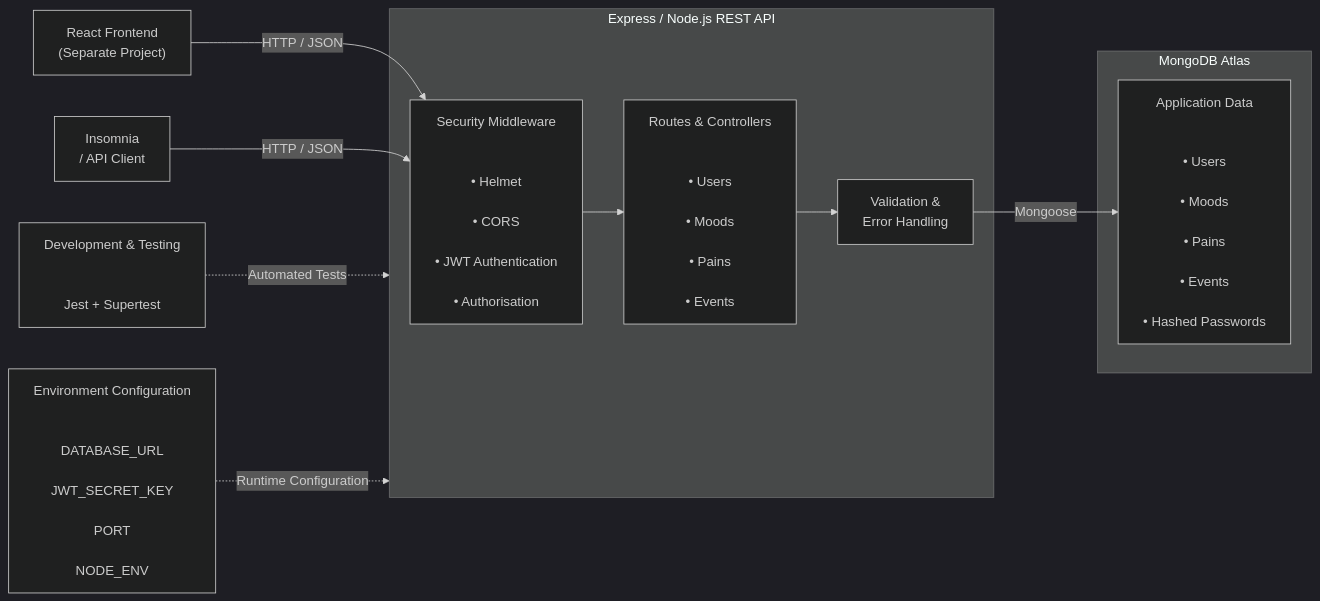
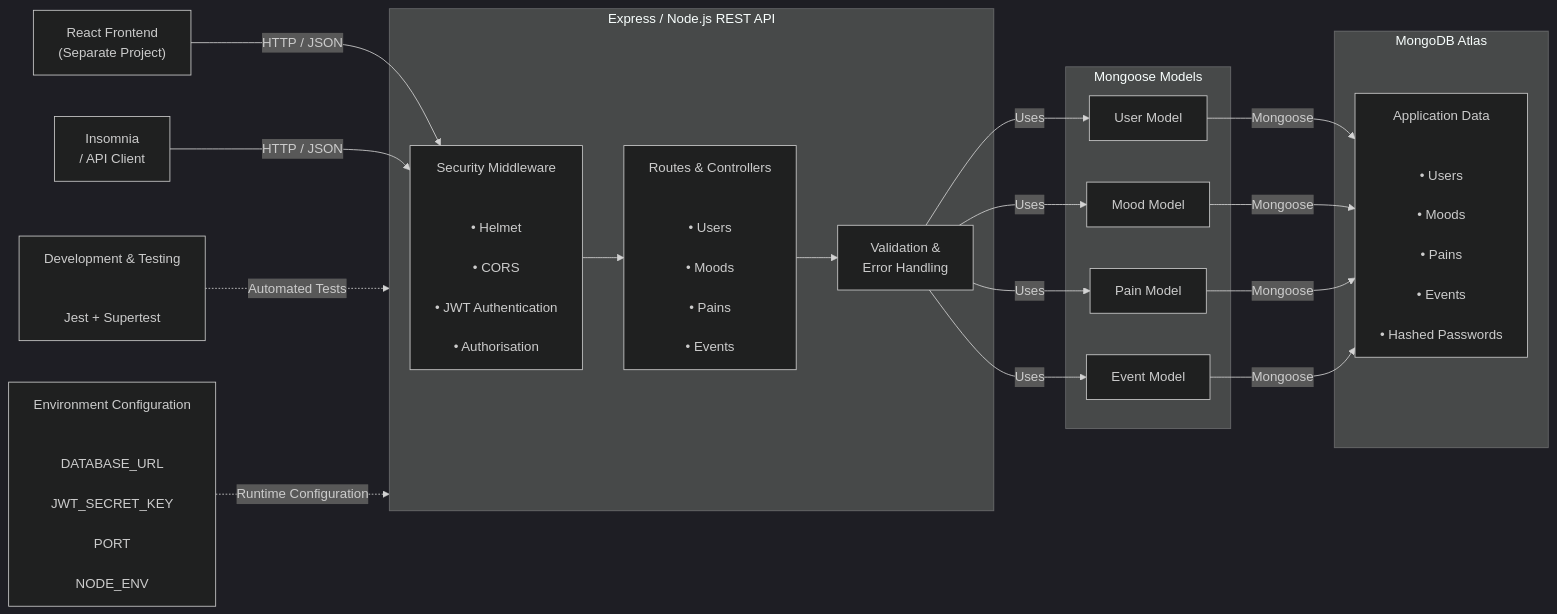
One commit to BeeGeeEss/the-village-container changed the first of 3 diagrams in README.md. Above: the diagram before and after it, drawn with Mermaid (dark theme). The commit also changed other lines of this file and 2 other files, not shown here.

````diff
--- a/README.md
+++ b/README.md
@@ -60,10 +60,14 @@
 flowchart LR
 
     %% CLIENTS
+
     F["React Frontend<br/>(Separate Project)"]
+
     I["Insomnia<br/>/ API Client"]
 
+
     %% EXPRESS API
+
     subgraph API["Express / Node.js REST API"]
 
         S["Security Middleware<br/><br/>
@@ -82,9 +86,24 @@
 
         S --> R
         R --> V
+
     end
 
+
+    %% MONGOOSE MODELS
+
+    subgraph MODELS["Mongoose Models"]
+
+        UM["User Model"]
+        MM["Mood Model"]
+        PM["Pain Model"]
+        EM["Event Model"]
+
+    end
+
+
     %% DATABASE
+
     subgraph DB["MongoDB Atlas"]
 
         D["Application Data<br/><br/>
@@ -96,24 +115,37 @@
 
     end
 
+
     %% DEVELOPMENT & TESTING
+
     T["Development & Testing<br/><br/>
     Jest + Supertest"]
 
+
     %% ENVIRONMENT CONFIGURATION
+
     E["Environment Configuration<br/><br/>
     DATABASE_URL<br/>
     JWT_SECRET_KEY<br/>
     PORT<br/>
     NODE_ENV"]
 
+
     %% CONNECTIONS
+
     F -->|"HTTP / JSON"| S
     I -->|"HTTP / JSON"| S
 
-    V -->|"Mongoose"| D
+    V -->|"Uses"| UM
+    V -->|"Uses"| MM
+    V -->|"Uses"| PM
+    V -->|"Uses"| EM
+
+    UM -->|"Mongoose"| D
+    MM -->|"Mongoose"| D
+    PM -->|"Mongoose"| D
+    EM -->|"Mongoose"| D
 
     T -.->|"Automated Tests"| API
-
     E -.->|"Runtime Configuration"| API
 ```
````
